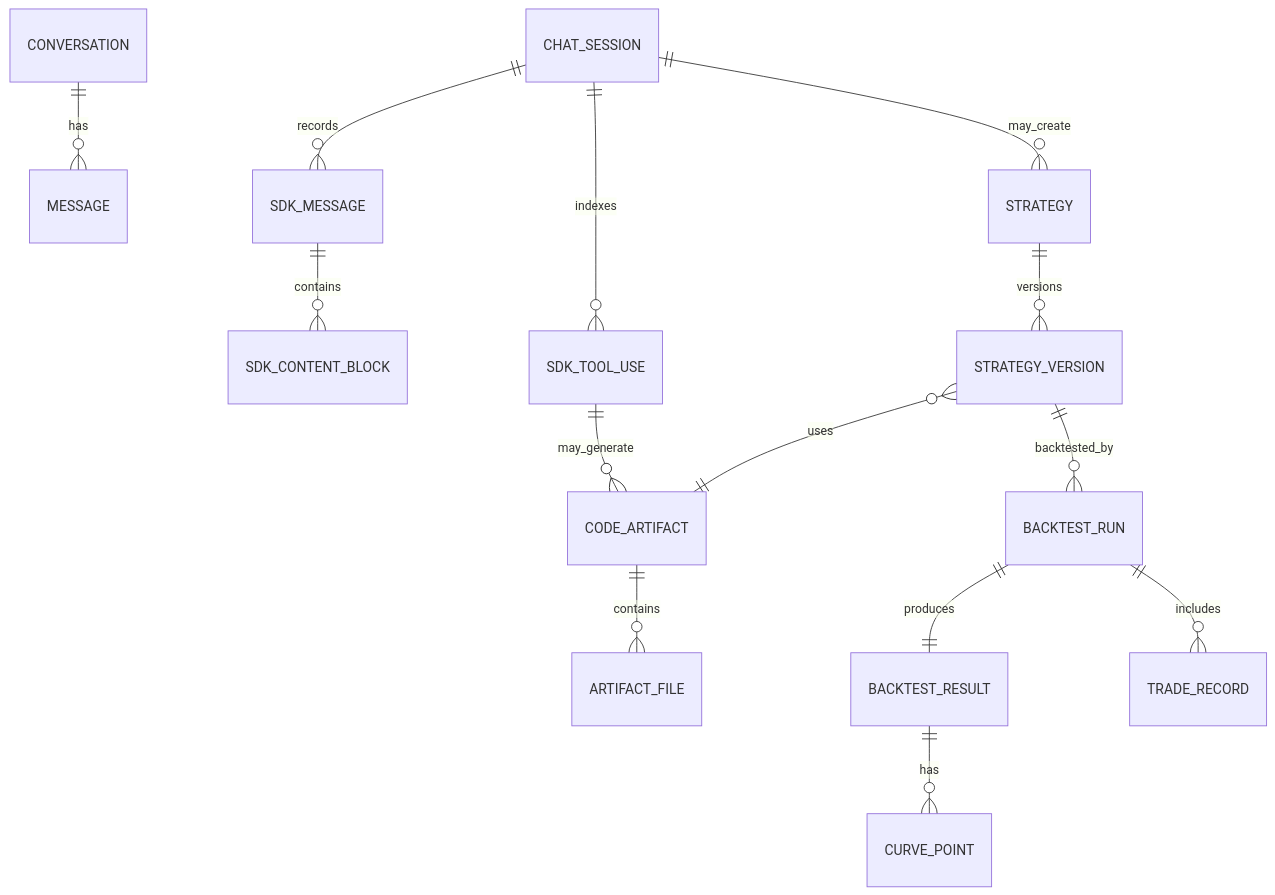
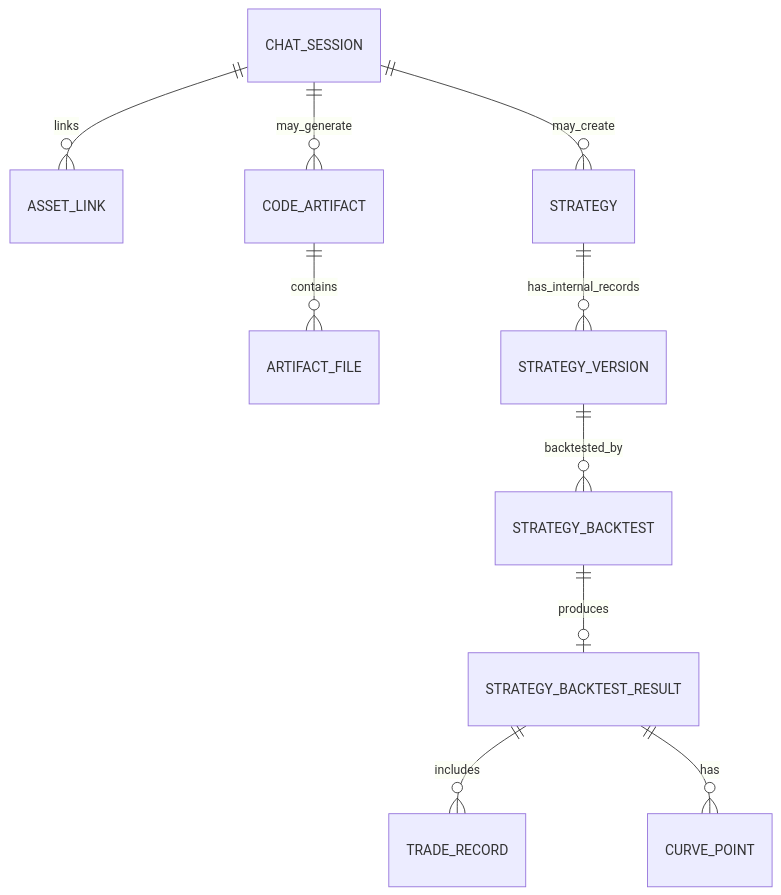
One commit to hyf001/chat-quant changed the fourth of 4 diagrams in docs/概要设计说明书.md. Above: the diagram before and after it, drawn with Mermaid. The commit also changed other lines of this file and 44 other files, not shown here.

````diff
--- a/docs/概要设计说明书.md
+++ b/docs/概要设计说明书.md
@@ -827,16 +413,12 @@
 ```mermaid
 erDiagram
-    CONVERSATION ||--o{ MESSAGE : has
-    CHAT_SESSION ||--o{ SDK_MESSAGE : records
-    SDK_MESSAGE ||--o{ SDK_CONTENT_BLOCK : contains
-    CHAT_SESSION ||--o{ SDK_TOOL_USE : indexes
-    SDK_TOOL_USE ||--o{ CODE_ARTIFACT : may_generate
+    CHAT_SESSION ||--o{ ASSET_LINK : links
+    CHAT_SESSION ||--o{ CODE_ARTIFACT : may_generate
+    CHAT_SESSION ||--o{ STRATEGY : may_create
     CODE_ARTIFACT ||--o{ ARTIFACT_FILE : contains
-    CHAT_SESSION ||--o{ STRATEGY : may_create
-    STRATEGY ||--o{ STRATEGY_VERSION : versions
-    STRATEGY_VERSION }o--|| CODE_ARTIFACT : uses
-    STRATEGY_VERSION ||--o{ BACKTEST_RUN : backtested_by
-    BACKTEST_RUN ||--|| BACKTEST_RESULT : produces
-    BACKTEST_RUN ||--o{ TRADE_RECORD : includes
-    BACKTEST_RESULT ||--o{ CURVE_POINT : has
+    STRATEGY ||--o{ STRATEGY_VERSION : has_internal_records
+    STRATEGY_VERSION ||--o{ STRATEGY_BACKTEST : backtested_by
+    STRATEGY_BACKTEST ||--o| STRATEGY_BACKTEST_RESULT : produces
+    STRATEGY_BACKTEST_RESULT ||--o{ TRADE_RECORD : includes
+    STRATEGY_BACKTEST_RESULT ||--o{ CURVE_POINT : has
 ```
````
